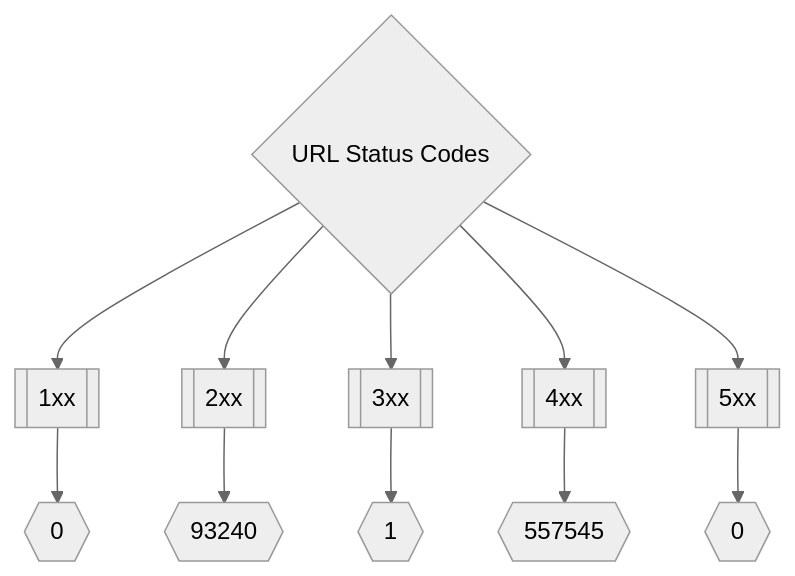
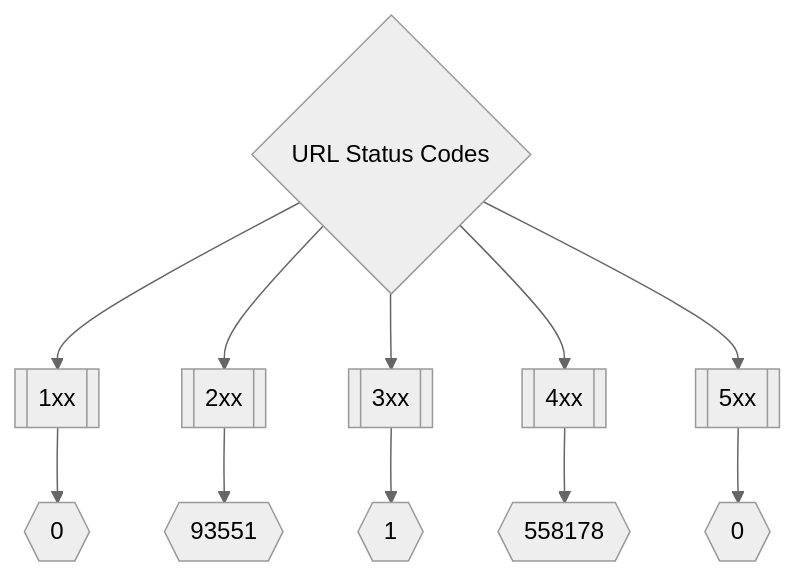
One commit to trickest/inventory changed the second of 3 diagrams in README.md. Above: the diagram before and after it, drawn with Mermaid (neutral theme). The commit also changed other lines of this file, not shown here.

Commit message:
Update README.md Wed Jul  6 21:46:50 UTC 2022

````diff
--- a/README.md
+++ b/README.md
@@ -175,8 +175,8 @@
 ```mermaid
 graph TD
 title{URL Status Codes} --> 1xx[[1xx]] --> status1xxNum{{0}}
-title --> 2xx[[2xx]] --> status2xxNum{{93240}}
+title --> 2xx[[2xx]] --> status2xxNum{{93551}}
 title --> 3xx[[3xx]] --> status3xxNum{{1}}
-title --> 4xx[[4xx]] --> status4xxNum{{557545}}
+title --> 4xx[[4xx]] --> status4xxNum{{558178}}
 title --> 5xx[[5xx]] --> status5xxNum{{0}}
 ```
````
